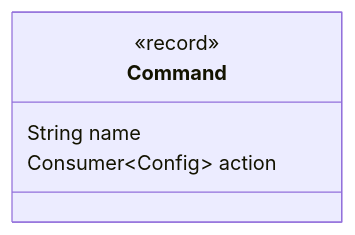
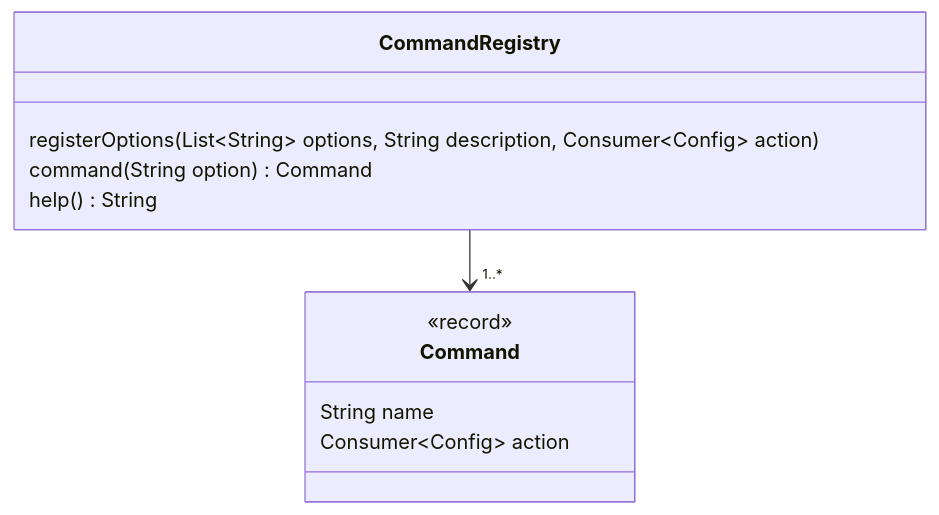
One commit to forax/design-pattern-reloaded changed the diagram in src/main/java/command/README.md. Above: the diagram before and after it, drawn with Mermaid.

Commit message:
add association

````diff
--- a/src/main/java/command/README.md
+++ b/src/main/java/command/README.md
@@ -87,8 +87,14 @@
 ```mermaid
 classDiagram
+class CommandRegistry {
+  registerOptions(List~String~ options, String description, Consumer~Config~ action)
+  command(String option) Command
+  help() String
+}
 class Command {
   <<record>>
   String name
   Consumer~Config~ action
 }
+CommandRegistry --> "1..*" Command
 ```
````
